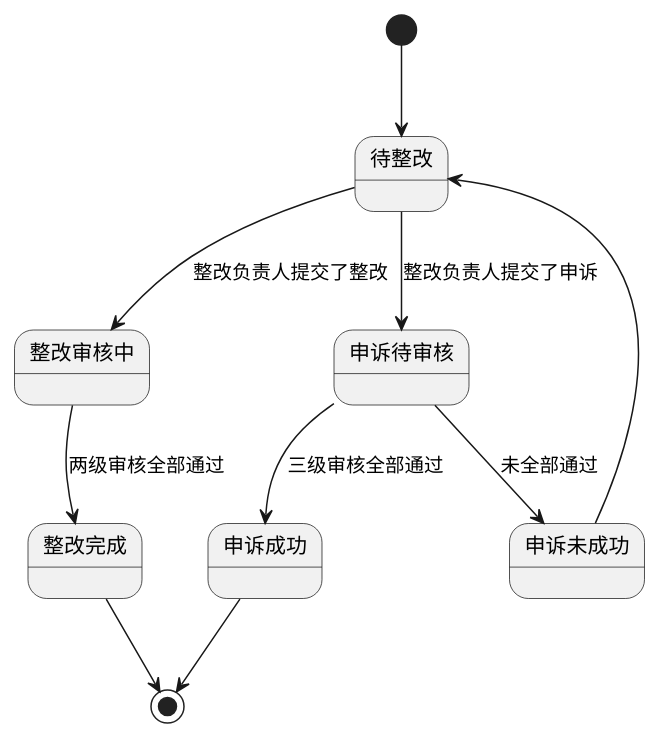
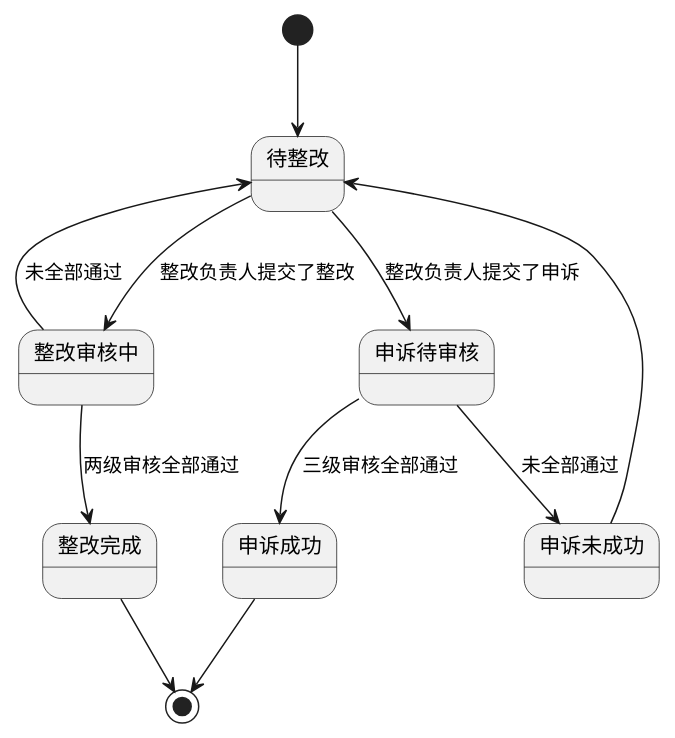
Before and after one commit to WFUing/inspecflow: the diagram in uml/stateissue.puml, drawn with PlantUML.

```diff
--- a/uml/stateissue.puml
+++ b/uml/stateissue.puml
@@ -2,11 +2,12 @@
 @startuml stateissue
 [*] --> 待整改
 待整改 --> 申诉待审核 : 整改负责人提交了申诉
 申诉待审核 --> 申诉成功 : 三级审核全部通过
 申诉待审核 --> 申诉未成功 : 未全部通过
 申诉未成功 --> 待整改
 待整改 --> 整改审核中 : 整改负责人提交了整改
 整改审核中 --> 整改完成 : 两级审核全部通过
+整改审核中 --> 待整改 : 未全部通过
 申诉成功 --> [*]
 整改完成 --> [*]
 @enduml
```
